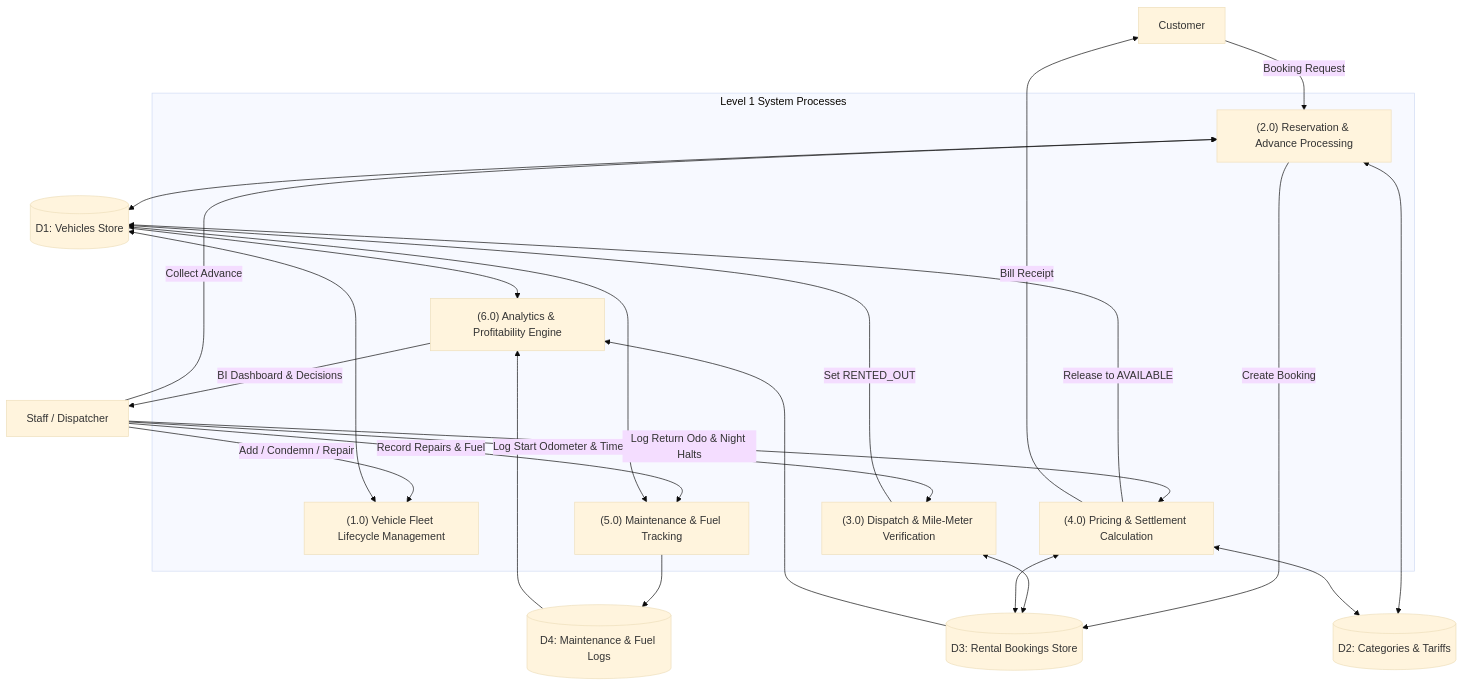
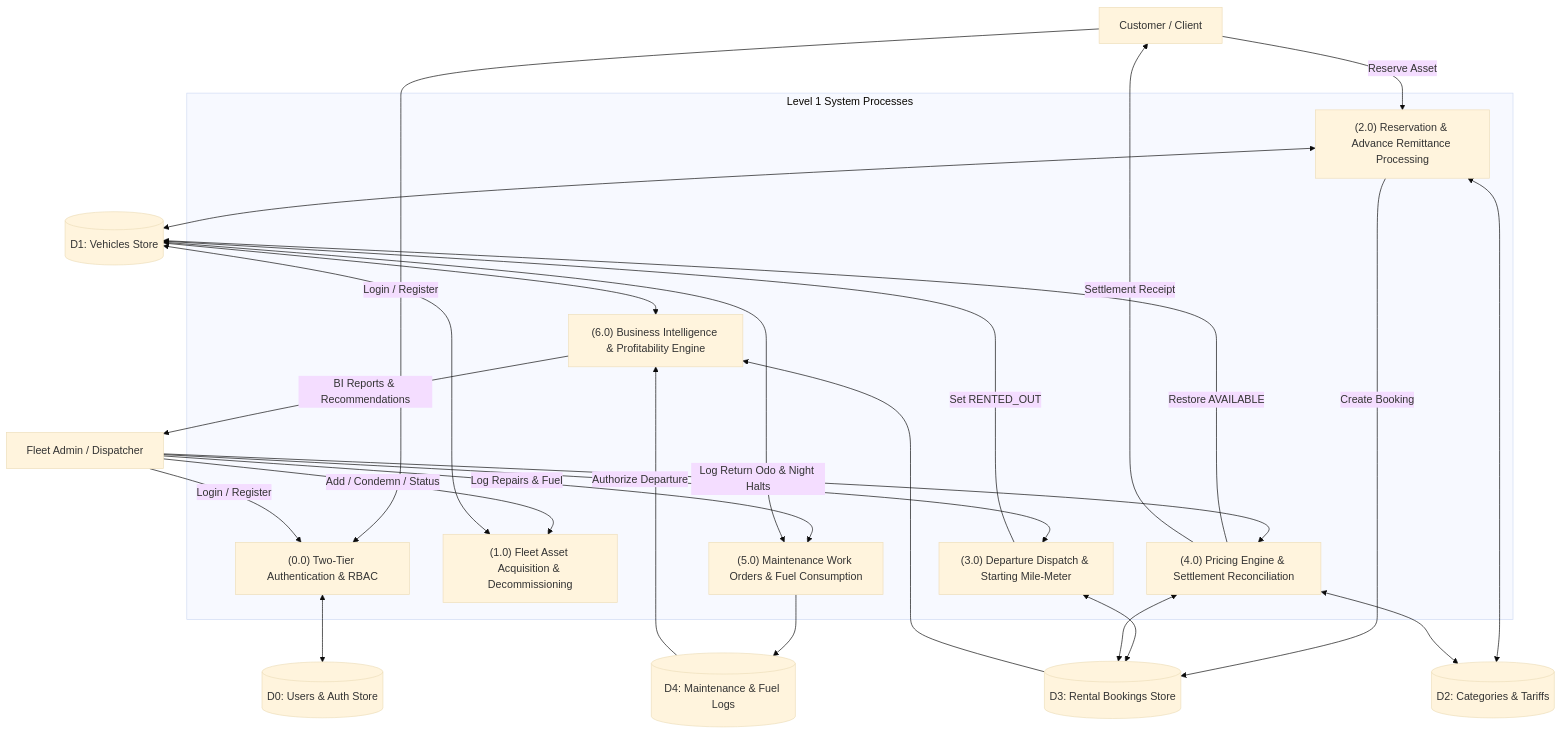
One commit to 07nil02/SWE changed the fifth of 5 diagrams in fleet_automation_documentation.md. Above: the diagram before and after it, drawn with Mermaid (base theme). The commit also changed other lines of this file, not shown here.

````diff
--- a/fleet_automation_documentation.md
+++ b/fleet_automation_documentation.md
@@ -218,47 +234,49 @@
 ```mermaid
 flowchart TD
-    Customer["Customer"]
-    Staff["Staff / Dispatcher"]
+    Customer["Customer / Client"]
+    Admin["Fleet Admin / Dispatcher"]
     
     subgraph DFD_Level_1["Level 1 System Processes"]
-        P1["(1.0) Vehicle Fleet Lifecycle Management"]
-        P2["(2.0) Reservation & Advance Processing"]
-        P3["(3.0) Dispatch & Mile-Meter Verification"]
-        P4["(4.0) Pricing & Settlement Calculation"]
-        P5["(5.0) Maintenance & Fuel Tracking"]
-        P6["(6.0) Analytics & Profitability Engine"]
+        P0["(0.0) Two-Tier Authentication & RBAC"]
+        P1["(1.0) Fleet Asset Acquisition & Decommissioning"]
+        P2["(2.0) Reservation & Advance Remittance Processing"]
+        P3["(3.0) Departure Dispatch & Starting Mile-Meter"]
+        P4["(4.0) Pricing Engine & Settlement Reconciliation"]
+        P5["(5.0) Maintenance Work Orders & Fuel Consumption"]
+        P6["(6.0) Business Intelligence & Profitability Engine"]
     end
 
+    D0[("D0: Users & Auth Store")]
     D1[("D1: Vehicles Store")]
     D2[("D2: Categories & Tariffs")]
     D3[("D3: Rental Bookings Store")]
     D4[("D4: Maintenance & Fuel Logs")]
 
-    Staff -->|"Add / Condemn / Repair"| P1
+    Customer & Admin -->|"Login / Register"| P0
+    P0 <--> D0
+
+    Admin -->|"Add / Condemn / Status"| P1
     P1 <--> D1
 
-    Customer -->|"Booking Request"| P2
-    Staff -->|"Collect Advance"| P2
+    Customer -->|"Reserve Asset"| P2
     P2 <--> D1
     P2 <--> D2
     P2 -->|"Create Booking"| D3
 
-    Staff -->|"Log Start Odometer & Time"| P3
+    Admin -->|"Authorize Departure"| P3
     P3 <--> D3
     P3 -->|"Set RENTED_OUT"| D1
 
-    Staff -->|"Log Return Odo & Night Halts"| P4
+    Admin -->|"Log Return Odo & Night Halts"| P4
     P4 <--> D2
     P4 <--> D3
-    P4 -->|"Release to AVAILABLE"| D1
-    P4 -->|"Bill Receipt"| Customer
+    P4 -->|"Restore AVAILABLE"| D1
+    P4 -->|"Settlement Receipt"| Customer
 
-    Staff -->|"Record Repairs & Fuel"| P5
+    Admin -->|"Log Repairs & Fuel"| P5
     P5 <--> D1
     P5 --> D4
 
-    D1 --> P6
-    D3 --> P6
-    D4 --> P6
-    P6 -->|"BI Dashboard & Decisions"| Staff
+    D1 & D3 & D4 --> P6
+    P6 -->|"BI Reports & Recommendations"| Admin
 ```
````
